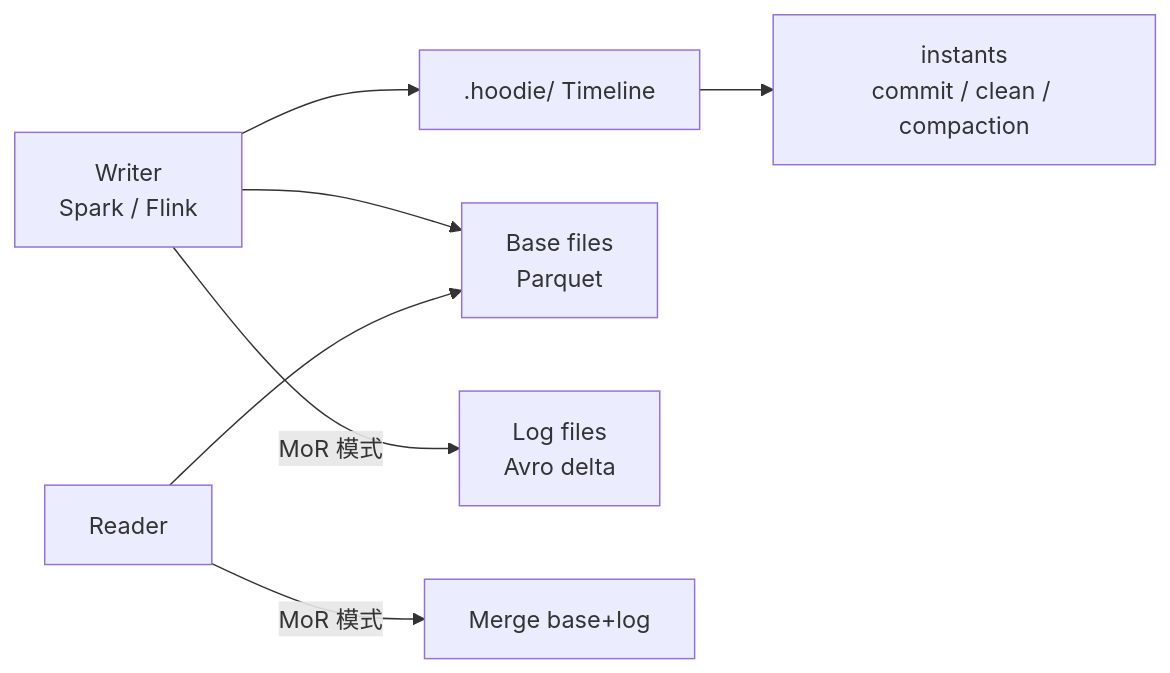
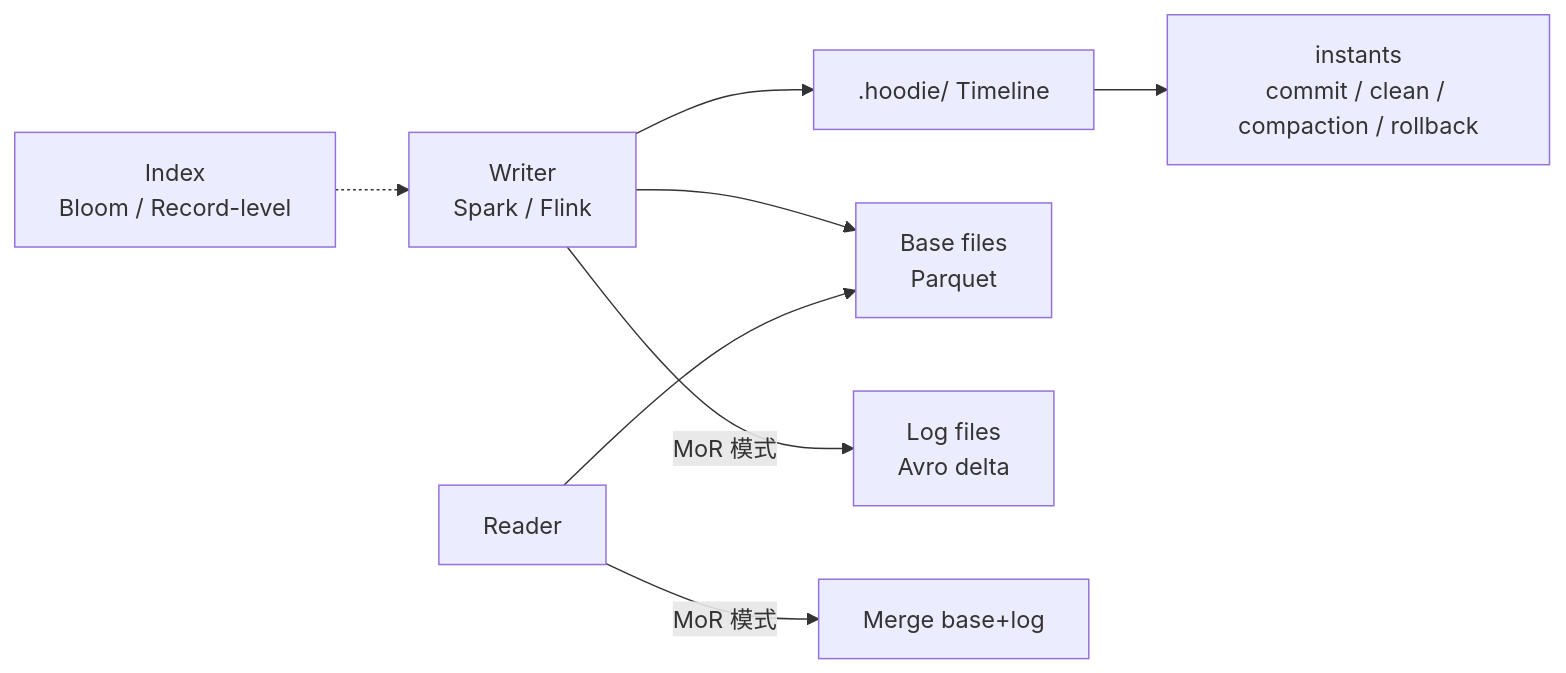
One commit to wangyong9999/lakehouse-wiki changed the diagram in docs/lakehouse/hudi.md. Above: the diagram before and after it, drawn with Mermaid. The commit also changed other lines of this file and 5 other files, not shown here.

````diff
--- a/docs/lakehouse/hudi.md
+++ b/docs/lakehouse/hudi.md
@@ -25,9 +46,10 @@
 ```mermaid
 flowchart LR
   writer[Writer<br/>Spark / Flink] --> tl[.hoodie/ Timeline]
-  tl --> ic[instants<br/>commit / clean / compaction]
+  tl --> ic[instants<br/>commit / clean / compaction / rollback]
   writer --> base[Base files<br/>Parquet]
   writer -->|MoR 模式| log[Log files<br/>Avro delta]
   reader[Reader] --> base
   reader -->|MoR 模式| merge[Merge base+log]
+  index[Index<br/>Bloom / Record-level] -.-> writer
 ```
````
